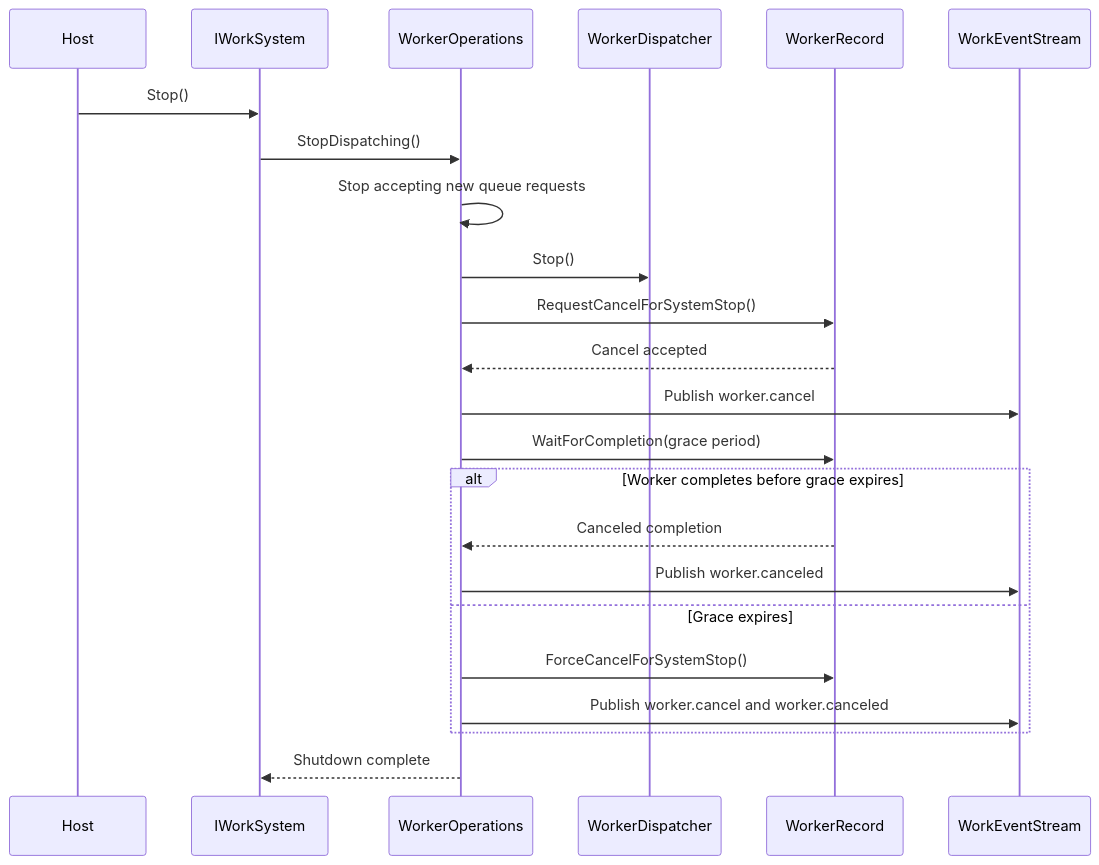
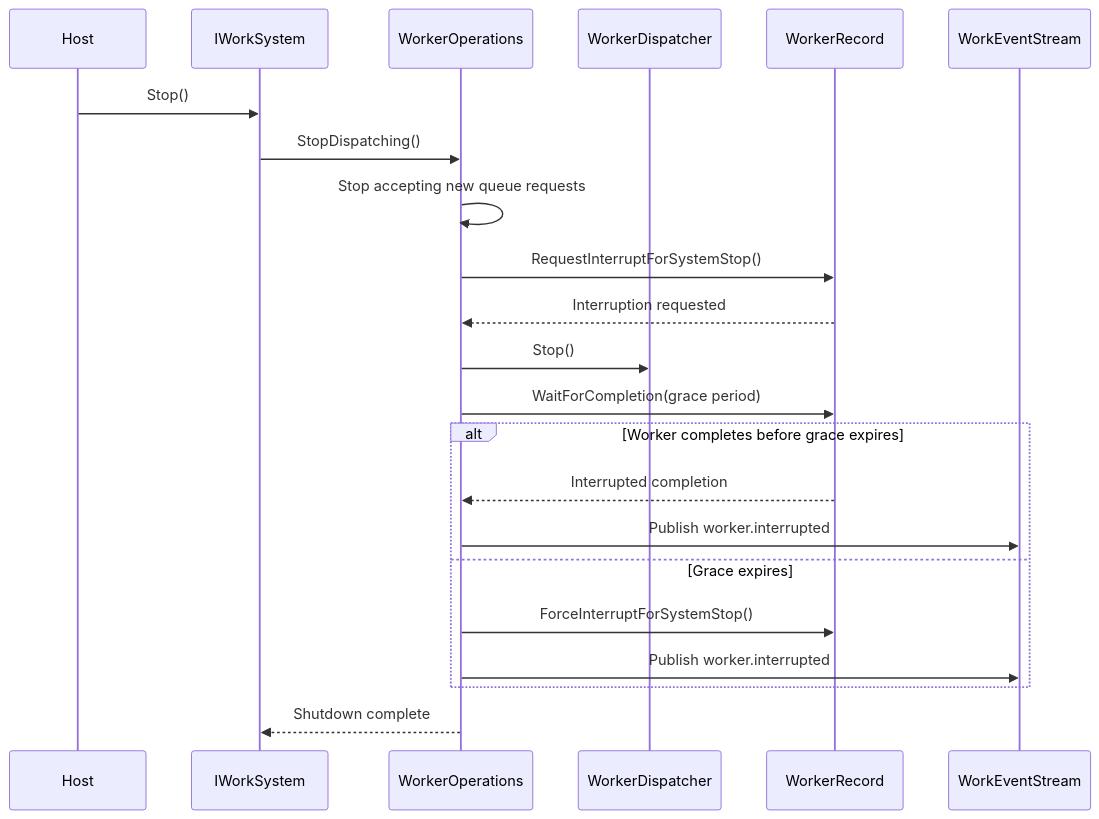
Before and after one commit to aliendomain/workable: the fifth of 5 diagrams in docs/work-lifecycle.md, drawn with Mermaid. The commit also changed other lines of this file and 105 other files, not shown here.

````diff
--- a/docs/work-lifecycle.md
+++ b/docs/work-lifecycle.md
@@ -155,26 +159,25 @@
 ```mermaid
 sequenceDiagram
     participant Host
     participant System as IWorkSystem
     participant Ops as WorkerOperations
     participant Dispatcher as WorkerDispatcher
     participant Record as WorkerRecord
     participant Events as WorkEventStream
 
     Host->>System: Stop()
     System->>Ops: StopDispatching()
     Ops->>Ops: Stop accepting new queue requests
+    Ops->>Record: RequestInterruptForSystemStop()
+    Record-->>Ops: Interruption requested
     Ops->>Dispatcher: Stop()
-    Ops->>Record: RequestCancelForSystemStop()
-    Record-->>Ops: Cancel accepted
-    Ops->>Events: Publish worker.cancel
     Ops->>Record: WaitForCompletion(grace period)
     alt Worker completes before grace expires
-        Record-->>Ops: Canceled completion
-        Ops->>Events: Publish worker.canceled
+        Record-->>Ops: Interrupted completion
+        Ops->>Events: Publish worker.interrupted
     else Grace expires
-        Ops->>Record: ForceCancelForSystemStop()
-        Ops->>Events: Publish worker.cancel and worker.canceled
+        Ops->>Record: ForceInterruptForSystemStop()
+        Ops->>Events: Publish worker.interrupted
     end
     Ops-->>System: Shutdown complete
 ```
````
